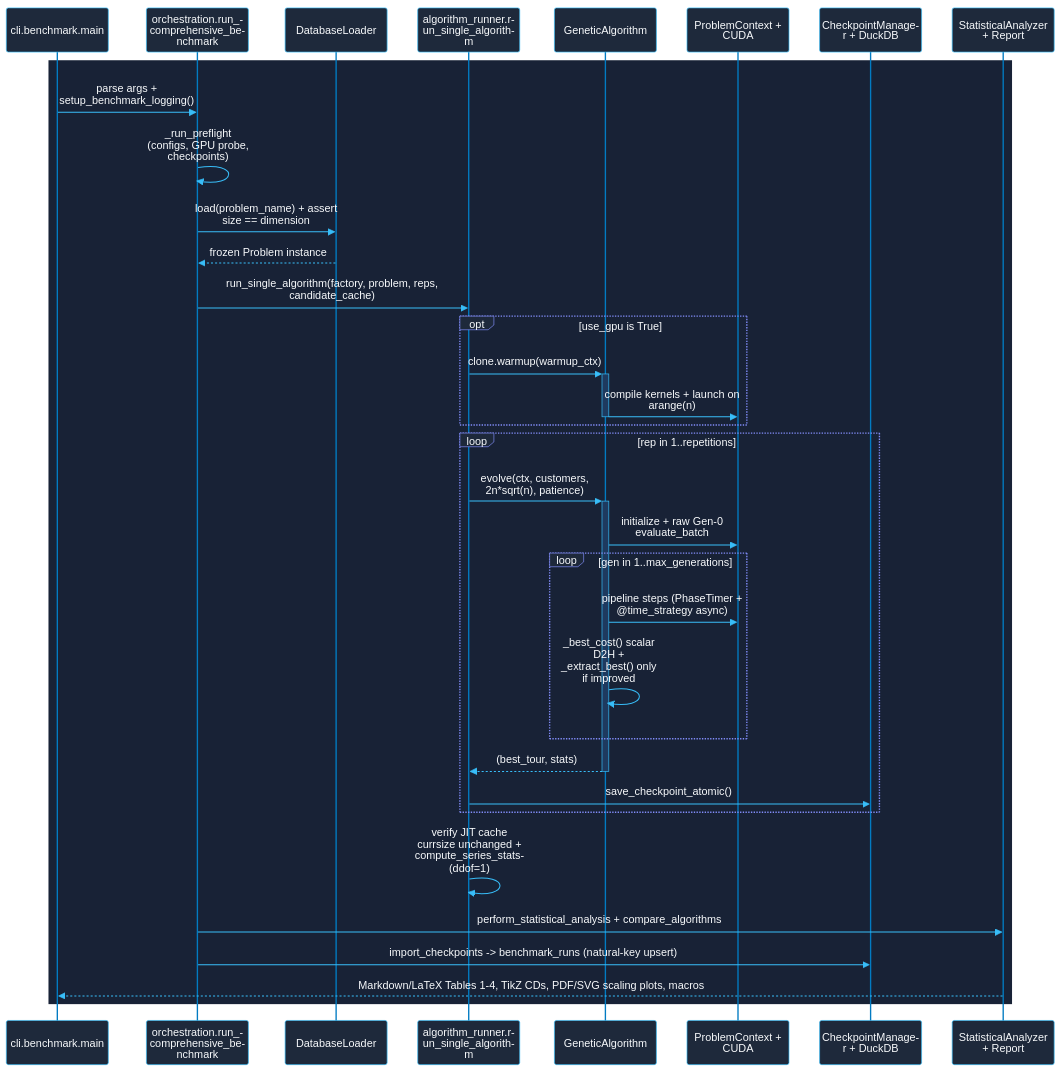
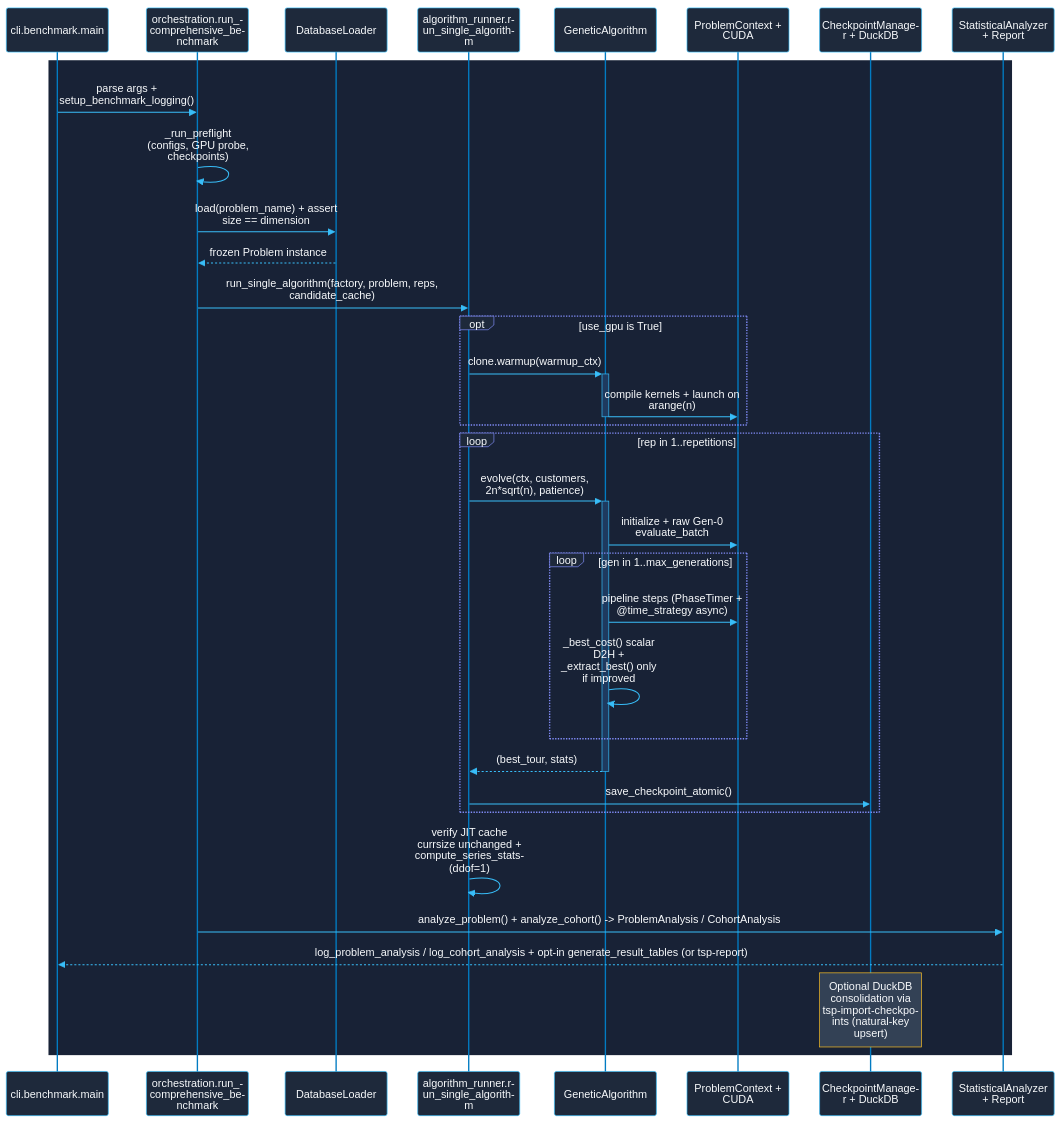
Before and after one commit to lucasgaldinos/tsp_gpu_clean: the second of 4 diagrams in documentation/guide-project-architecture-blueprint.md, drawn with Mermaid. The commit also changed other lines of this file and 7 other files, not shown here.

Commit message:
docs(benchmarking): sync architecture and hardening guides

````diff
--- a/documentation/guide-project-architecture-blueprint.md
+++ b/documentation/guide-project-architecture-blueprint.md
@@ -254,8 +257,8 @@
         end
 
         Runner->>Runner: verify JIT cache currsize unchanged + compute_series_stats(ddof=1)
-        Orch->>Stats: perform_statistical_analysis + compare_algorithms
-        Orch->>Store: import_checkpoints -> benchmark_runs (natural-key upsert)
-        Stats-->>CLI: Markdown/LaTeX Tables 1-4, TikZ CDs, PDF/SVG scaling plots, macros
+        Orch->>Stats: analyze_problem() + analyze_cohort() -> ProblemAnalysis / CohortAnalysis
+        Stats-->>CLI: log_problem_analysis / log_cohort_analysis + opt-in generate_result_tables (or tsp-report)
+        Note over Store: Optional DuckDB consolidation via tsp-import-checkpoints (natural-key upsert)
     end
 ```
````
